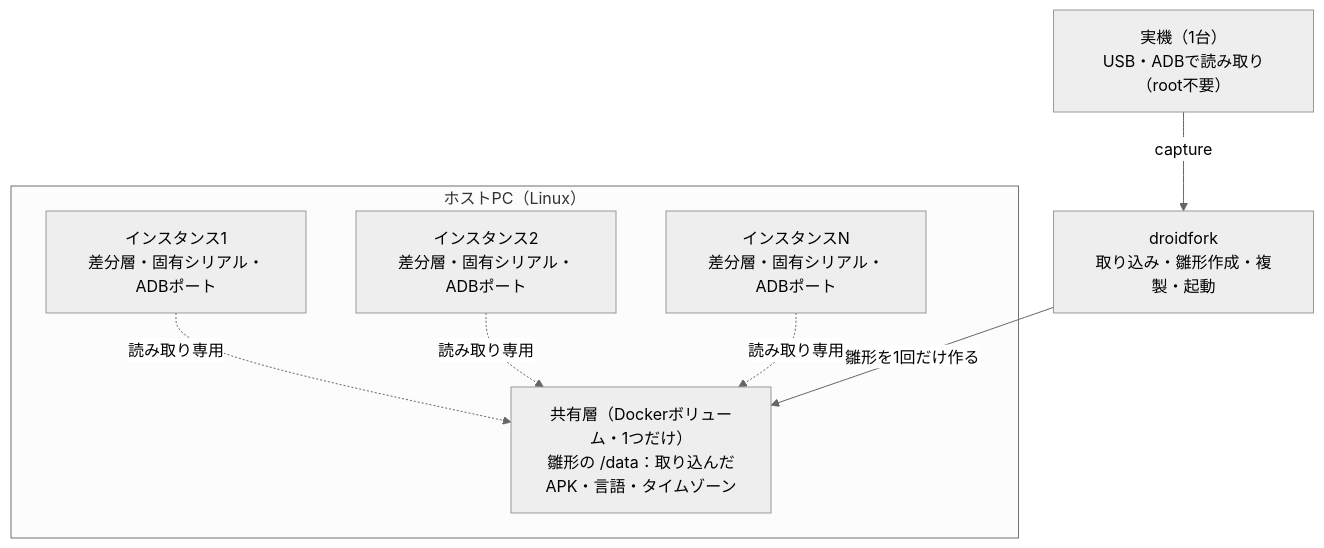
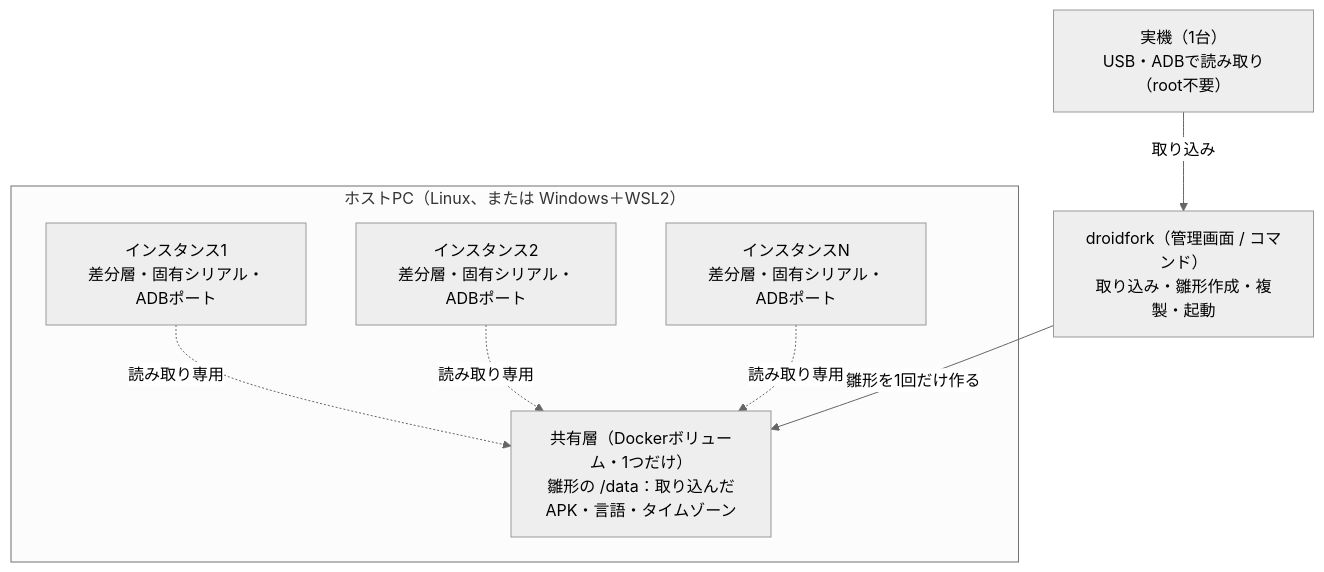
Before and after one commit to kaichitti/home: the diagram in README.md, drawn with Mermaid (neutral theme). The commit also changed other lines of this file and 44 other files, not shown here.

First line of the commit message:
企画書の v1・v2 を実装し、Linux / Windows 向けにパッケージ化

````diff
--- a/README.md
+++ b/README.md
@@ -16,16 +23,16 @@
 ```mermaid
 flowchart TB
     phone["実機（1台）<br/>USB・ADBで読み取り（root不要）"]
-    cli["droidfork<br/>取り込み・雛形作成・複製・起動"]
-    phone -- capture --> cli
-    subgraph host["ホストPC（Linux）"]
+    cli["droidfork（管理画面 / コマンド）<br/>取り込み・雛形作成・複製・起動"]
+    phone -- 取り込み --> cli
+    subgraph host["ホストPC（Linux、または Windows＋WSL2）"]
         base["共有層（Dockerボリューム・1つだけ）<br/>雛形の /data：取り込んだAPK・言語・タイムゾーン"]
         i1["インスタンス1<br/>差分層・固有シリアル・ADBポート"]
         i2["インスタンス2<br/>差分層・固有シリアル・ADBポート"]
         iN["インスタンスN<br/>差分層・固有シリアル・ADBポート"]
         i1 -. 読み取り専用 .-> base
         i2 -. 読み取り専用 .-> base
         iN -. 読み取り専用 .-> base
     end
     cli -- 雛形を1回だけ作る --> base
 ```
````
